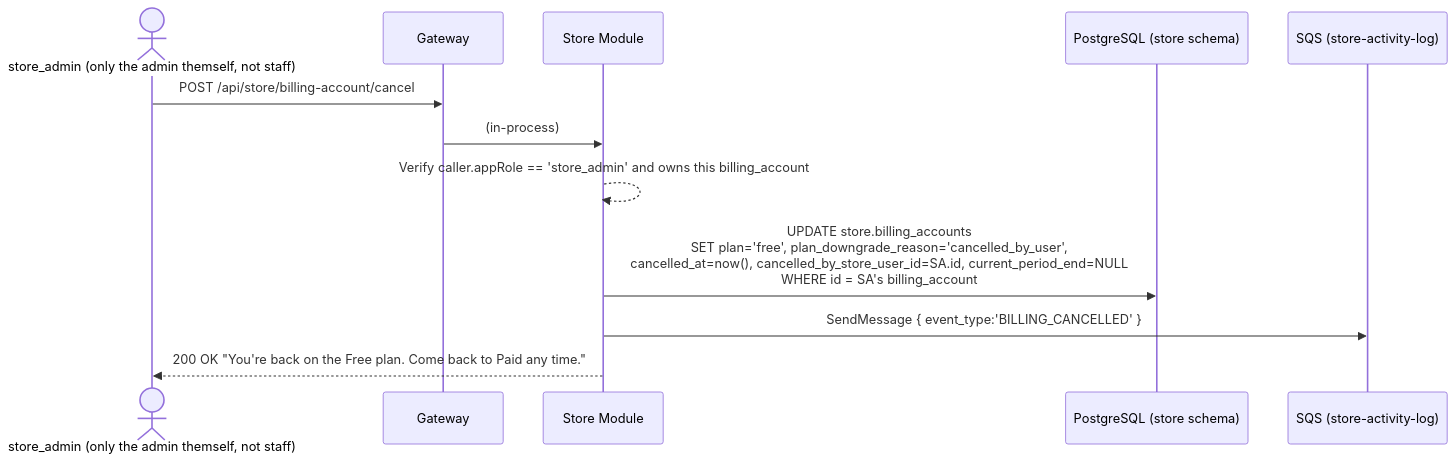
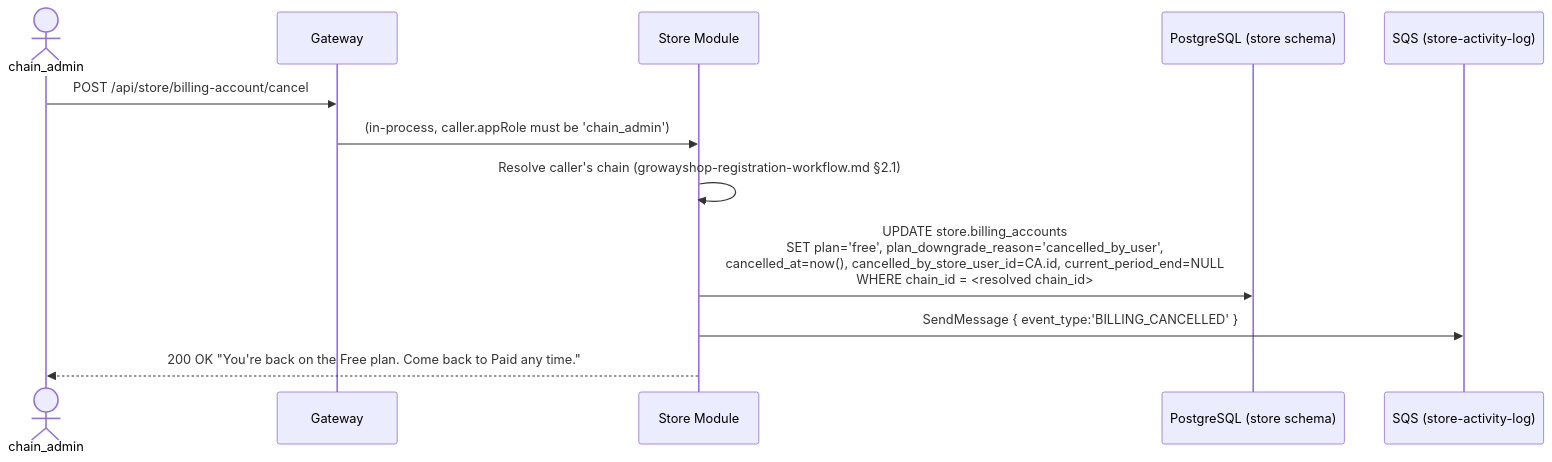
Before and after one commit to szhanggit/appointmentsystemdesign: the sixth of 6 diagrams in usercasestudy/groway-billing-workflow.md, drawn with Mermaid. The commit also changed other lines of this file and 6 other files, not shown here.

````diff
--- a/usercasestudy/groway-billing-workflow.md
+++ b/usercasestudy/groway-billing-workflow.md
@@ -181,15 +190,15 @@
 ```mermaid
 sequenceDiagram
-    actor SA as store_admin (only the admin themself, not staff)
+    actor CA as chain_admin
     participant GW as Gateway
     participant SM as Store Module
     participant DB as PostgreSQL (store schema)
     participant SQSQ as SQS (store-activity-log)
 
-    SA->>GW: POST /api/store/billing-account/cancel
-    GW->>SM: (in-process)
-    SM-->>SM: Verify caller.appRole == 'store_admin' and owns this billing_account
-    SM->>DB: UPDATE store.billing_accounts<br/>SET plan='free', plan_downgrade_reason='cancelled_by_user',<br/>cancelled_at=now(), cancelled_by_store_user_id=SA.id, current_period_end=NULL<br/>WHERE id = SA's billing_account
+    CA->>GW: POST /api/store/billing-account/cancel
+    GW->>SM: (in-process, caller.appRole must be 'chain_admin')
+    SM->>SM: Resolve caller's chain (growayshop-registration-workflow.md §2.1)
+    SM->>DB: UPDATE store.billing_accounts<br/>SET plan='free', plan_downgrade_reason='cancelled_by_user',<br/>cancelled_at=now(), cancelled_by_store_user_id=CA.id, current_period_end=NULL<br/>WHERE chain_id = <resolved chain_id>
     SM->>SQSQ: SendMessage { event_type:'BILLING_CANCELLED' }
-    SM-->>SA: 200 OK "You're back on the Free plan. Come back to Paid any time."
+    SM-->>CA: 200 OK "You're back on the Free plan. Come back to Paid any time."
 ```
````
